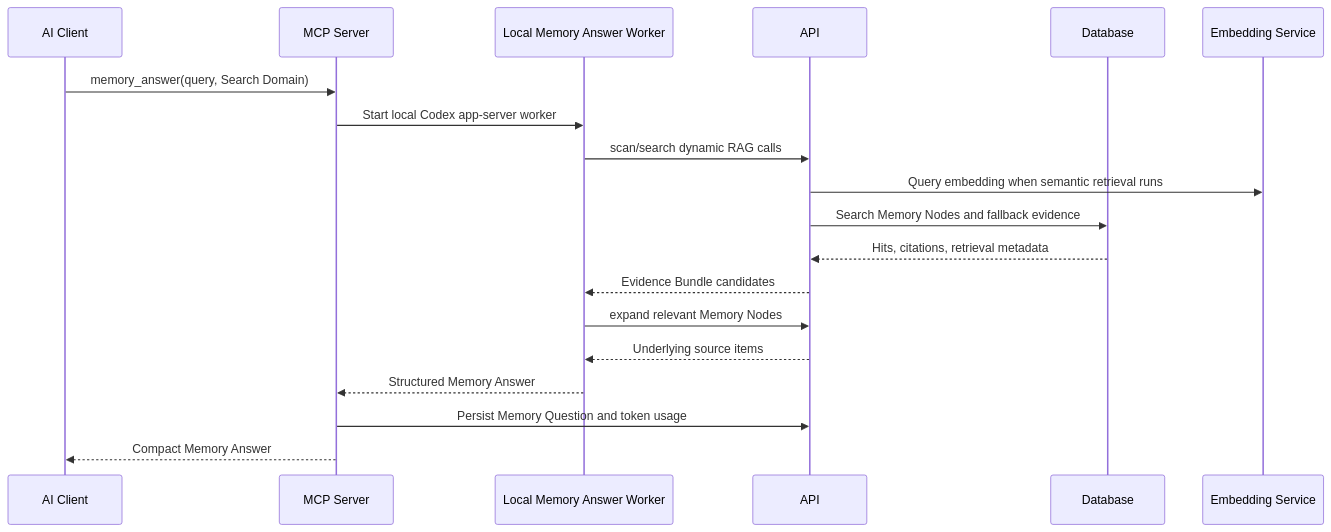
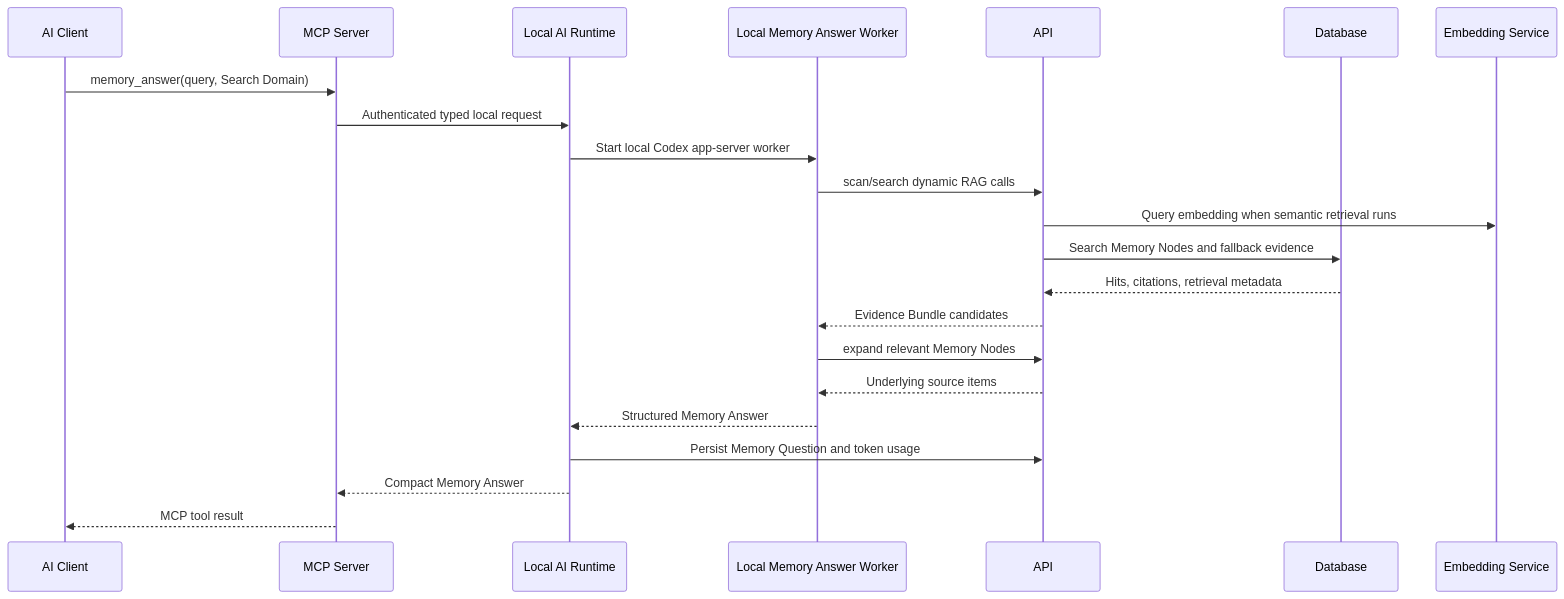
The fifth of 5 diagrams in docs/service-sequence-overview.md (johncarmack1984/koed), drawn with Mermaid before and after one commit. The commit also changed other lines of this file and 93 other files, not shown here.

Commit message:
Adopt MCP 2026-07-28 with a stateless local runtime (#334)

````diff
--- a/docs/service-sequence-overview.md
+++ b/docs/service-sequence-overview.md
@@ -1271,22 +1276,25 @@
 ```mermaid
 sequenceDiagram
   participant Client as AI Client
   participant MCP as MCP Server
+  participant Runtime as Local AI Runtime
   participant Answer as Local Memory Answer Worker
   participant API as API
   participant DB as Database
   participant Embed as Embedding Service
 
   Client->>MCP: memory_answer(query, Search Domain)
-  MCP->>Answer: Start local Codex app-server worker
+  MCP->>Runtime: Authenticated typed local request
+  Runtime->>Answer: Start local Codex app-server worker
   Answer->>API: scan/search dynamic RAG calls
   API->>Embed: Query embedding when semantic retrieval runs
   API->>DB: Search Memory Nodes and fallback evidence
   DB-->>API: Hits, citations, retrieval metadata
   API-->>Answer: Evidence Bundle candidates
   Answer->>API: expand relevant Memory Nodes
   API-->>Answer: Underlying source items
-  Answer-->>MCP: Structured Memory Answer
-  MCP->>API: Persist Memory Question and token usage
-  MCP-->>Client: Compact Memory Answer
+  Answer-->>Runtime: Structured Memory Answer
+  Runtime->>API: Persist Memory Question and token usage
+  Runtime-->>MCP: Compact Memory Answer
+  MCP-->>Client: MCP tool result
 ```
````
